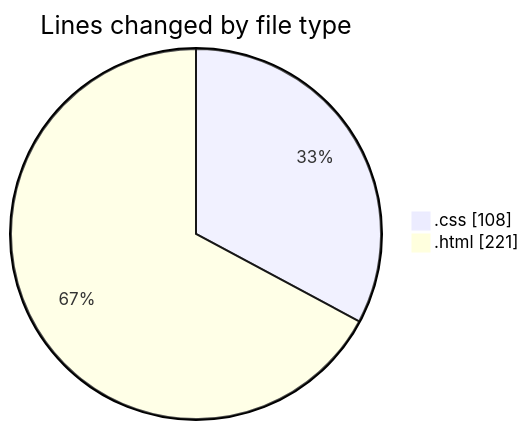
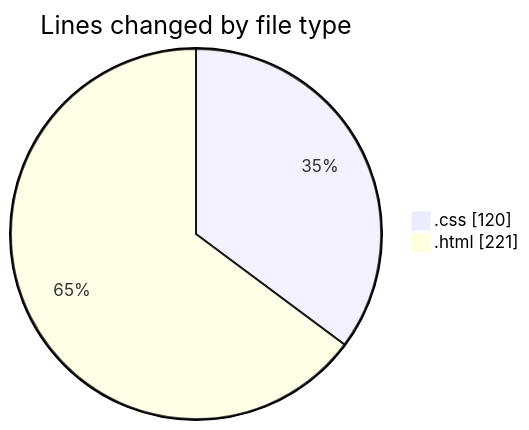
The first of 2 diagrams in 2025-02-04/recipe-page-main/README.md (NitaiMahat/code-tracking), drawn with Mermaid before and after one commit. The commit also changed other lines of this file and 1 other file, not shown here.

````diff
--- a/2025-02-04/recipe-page-main/README.md
+++ b/2025-02-04/recipe-page-main/README.md
@@ -21,6 +21,6 @@
 ```mermaid
 pie showData
 title Lines changed by file type
-".css" : 108
+".css" : 120
 ".html" : 221
 ```
````
